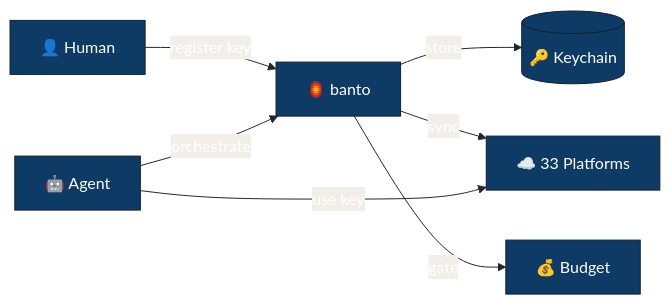
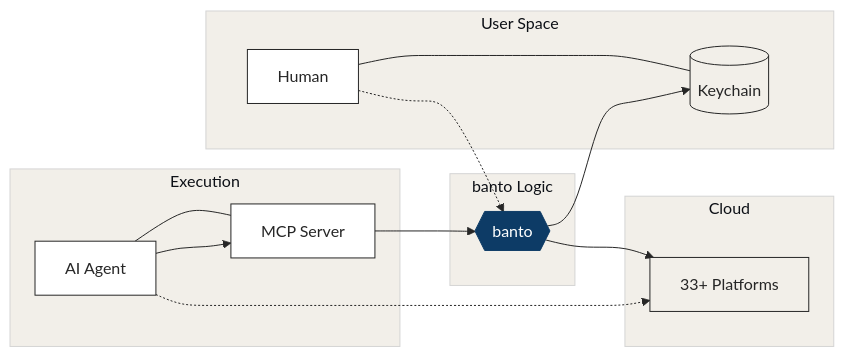
Before and after one commit to allnew-llc/banto: the diagram in README.md, drawn with Mermaid. The commit also changed 1 other file, not shown here.

Commit message:
design: refined Mermaid diagram — clean subgraph layout
White nodes with 墨 borders, banto node in 藍, Keychain/Platforms
in 練色. Subgraphs: User Space, banto Logic, Execution, Cloud.
Dashed lines for human interaction, solid for agent flow.

````diff
--- a/README.md
+++ b/README.md
@@ -29,10 +29,39 @@
 ```mermaid
-%%{init: {'theme': 'base', 'themeVariables': { 'primaryColor': '#0D3B66', 'primaryTextColor': '#fff', 'lineColor': '#262626', 'edgeLabelBackground':'#F2EFE9', 'secondaryColor': '#F2EFE9'}}}%%
+%%{init: {
+  'theme': 'base',
+  'themeVariables': {
+    'primaryColor': '#ffffff',
+    'primaryTextColor': '#262626',
+    'primaryBorderColor': '#262626',
+    'lineColor': '#262626',
+    'secondaryColor': '#0D3B66',
+    'tertiaryColor': '#F2EFE9'
+  }
+}}%%
 graph LR
-    H["👤 Human"] -->|register key| B["🏮 banto"]
-    A["🤖 Agent"] -->|orchestrate| B
-    B -->|store| K[("🔑 Keychain")]
-    B -->|sync| T["☁️ 33 Platforms"]
-    B -->|gate| BG["💰 Budget"]
-    A -->|use key| T
+    subgraph Setup ["User Space"]
+        H[Human] --- KC[(Keychain)]
+    end
+
+    subgraph Core ["banto Logic"]
+        B{{"banto"}}
+    end
+
+    subgraph Agents ["Execution"]
+        A[AI Agent] --- M[MCP Server]
+    end
+
+    subgraph Target ["Cloud"]
+        P[33+ Platforms]
+    end
+
+    H -.-> B
+    A --> M --> B
+    B --> KC
+    B --> P
+    A -.-> P
+
+    style B fill:#0D3B66,color:#fff,stroke:#0D3B66
+    style KC fill:#F2EFE9,stroke:#262626
+    style P fill:#F2EFE9,stroke:#262626
 ```
````
